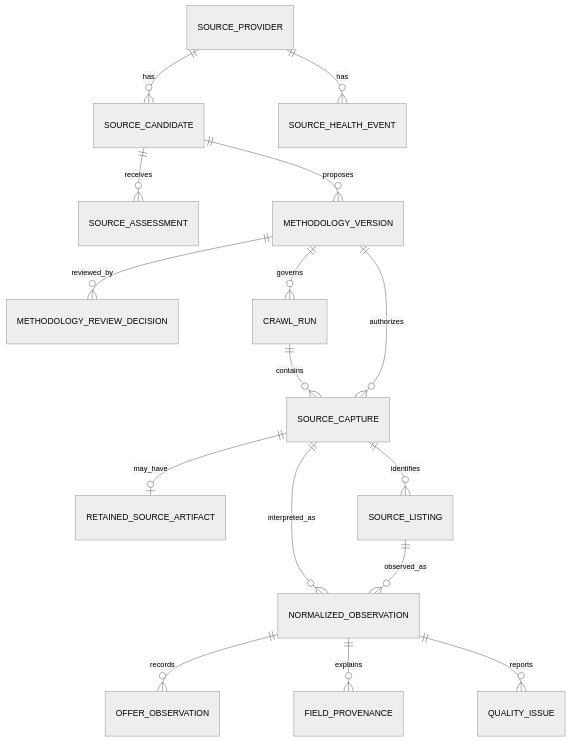
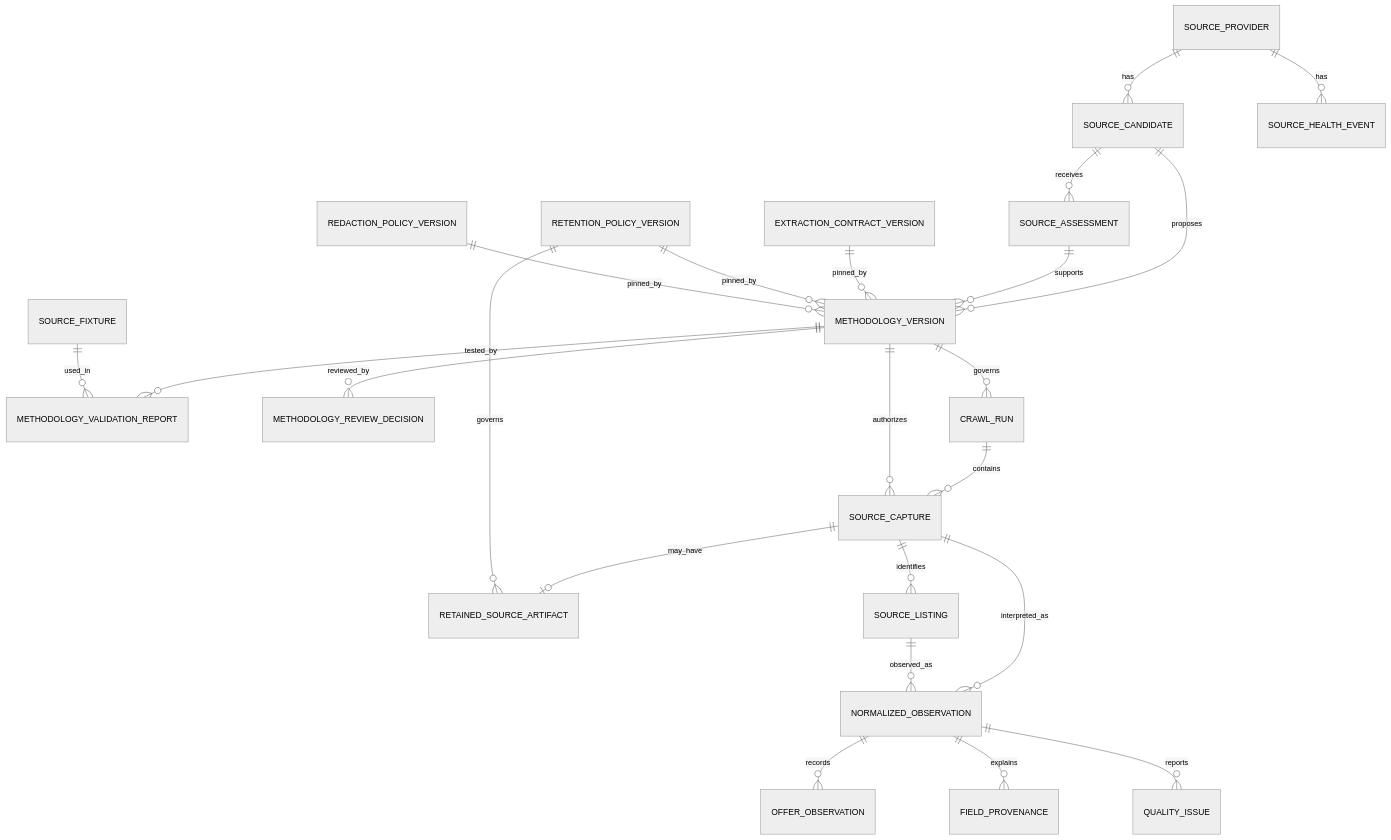
Before and after one commit to sotous/rent-yield: the first of 3 diagrams in docs/architecture/data-storage-erd.md, drawn with Mermaid (neutral theme). The commit also changed other lines of this file and 4 other files, not shown here.

Commit message:
docs(storage): clarify ERD derivation authority

````diff
--- a/docs/architecture/data-storage-erd.md
+++ b/docs/architecture/data-storage-erd.md
@@ -16,18 +16,25 @@
 ```mermaid
 erDiagram
   SOURCE_PROVIDER ||--o{ SOURCE_CANDIDATE : has
   SOURCE_CANDIDATE ||--o{ SOURCE_ASSESSMENT : receives
   SOURCE_CANDIDATE ||--o{ METHODOLOGY_VERSION : proposes
+  SOURCE_ASSESSMENT ||--o{ METHODOLOGY_VERSION : supports
+  EXTRACTION_CONTRACT_VERSION ||--o{ METHODOLOGY_VERSION : pinned_by
+  RETENTION_POLICY_VERSION ||--o{ METHODOLOGY_VERSION : pinned_by
+  REDACTION_POLICY_VERSION ||--o{ METHODOLOGY_VERSION : pinned_by
+  METHODOLOGY_VERSION ||--o{ METHODOLOGY_VALIDATION_REPORT : tested_by
   METHODOLOGY_VERSION ||--o{ METHODOLOGY_REVIEW_DECISION : reviewed_by
+  SOURCE_FIXTURE ||--o{ METHODOLOGY_VALIDATION_REPORT : used_in
   METHODOLOGY_VERSION ||--o{ CRAWL_RUN : governs
   CRAWL_RUN ||--o{ SOURCE_CAPTURE : contains
   METHODOLOGY_VERSION ||--o{ SOURCE_CAPTURE : authorizes
   SOURCE_CAPTURE ||--o| RETAINED_SOURCE_ARTIFACT : may_have
+  RETENTION_POLICY_VERSION ||--o{ RETAINED_SOURCE_ARTIFACT : governs
   SOURCE_CAPTURE ||--o{ SOURCE_LISTING : identifies
   SOURCE_CAPTURE ||--o{ NORMALIZED_OBSERVATION : interpreted_as
   SOURCE_LISTING ||--o{ NORMALIZED_OBSERVATION : observed_as
   NORMALIZED_OBSERVATION ||--o{ OFFER_OBSERVATION : records
   NORMALIZED_OBSERVATION ||--o{ FIELD_PROVENANCE : explains
   NORMALIZED_OBSERVATION ||--o{ QUALITY_ISSUE : reports
   SOURCE_PROVIDER ||--o{ SOURCE_HEALTH_EVENT : has
 ```
````
